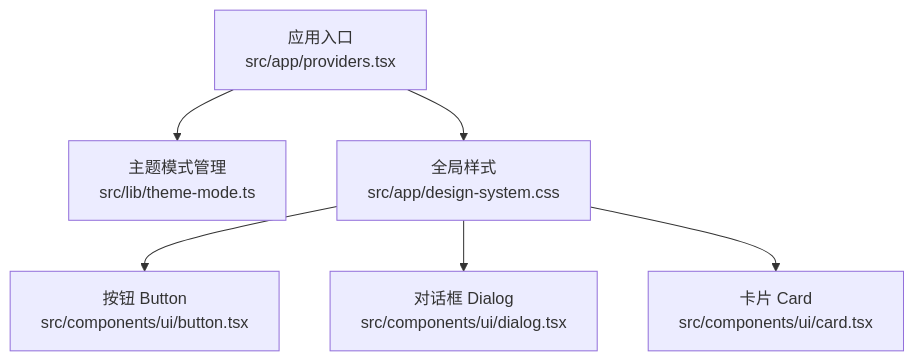
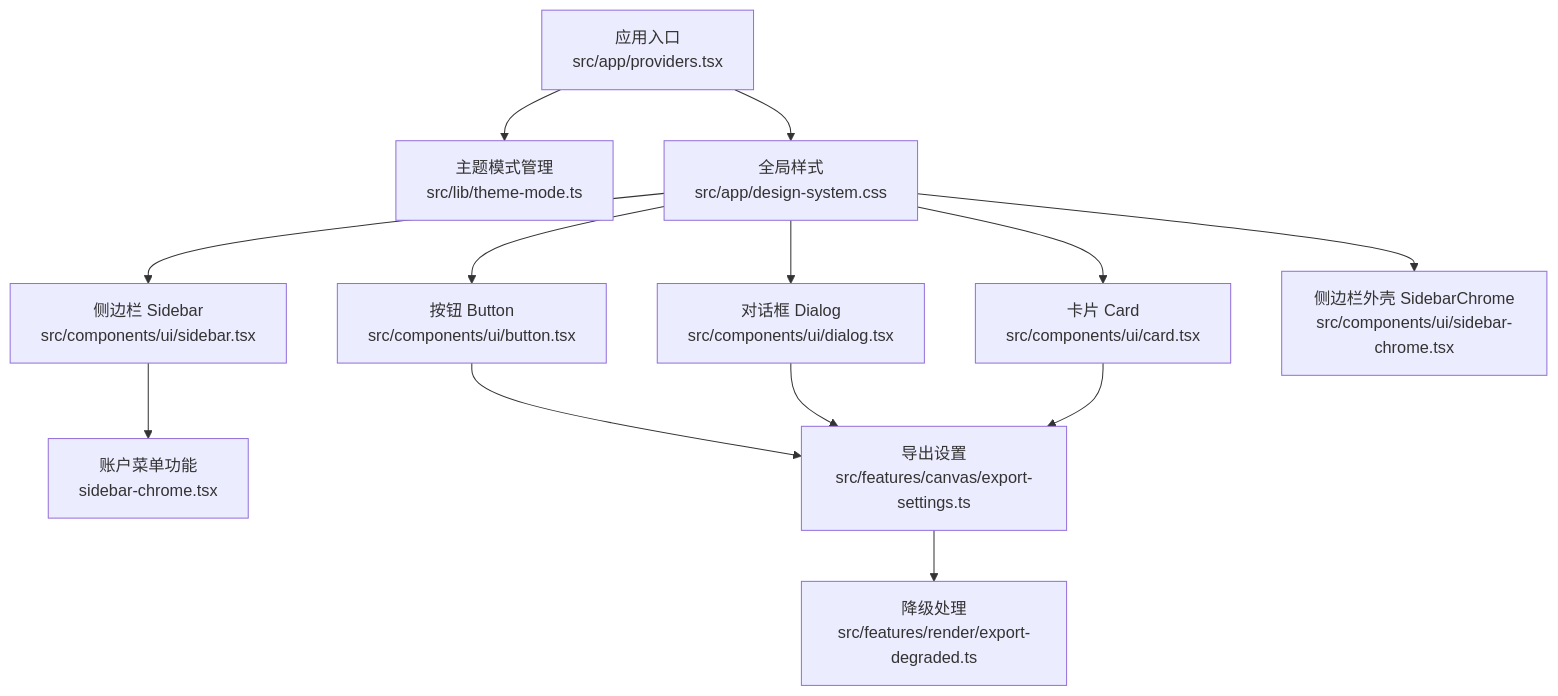
The first of 8 diagrams in .qoder/repowiki/zh/content/前端架构/组件系统/基础UI组件.md (scottcwy/PurpleInk), drawn with Mermaid before and after one commit. The commit also changed other lines of this file and 109 other files, not shown here.

````diff
--- a/.qoder/repowiki/zh/content/前端架构/组件系统/基础UI组件.md
+++ b/.qoder/repowiki/zh/content/前端架构/组件系统/基础UI组件.md
@@ -37,8 +50,15 @@
 ```mermaid
 graph TB
 A["应用入口<br/>src/app/providers.tsx"] --> B["主题模式管理<br/>src/lib/theme-mode.ts"]
 A --> C["全局样式<br/>src/app/design-system.css"]
 C --> D["按钮 Button<br/>src/components/ui/button.tsx"]
 C --> E["对话框 Dialog<br/>src/components/ui/dialog.tsx"]
 C --> F["卡片 Card<br/>src/components/ui/card.tsx"]
+C --> G["侧边栏 Sidebar<br/>src/components/ui/sidebar.tsx"]
+C --> H["侧边栏外壳 SidebarChrome<br/>src/components/ui/sidebar-chrome.tsx"]
+G --> I["账户菜单功能<br/>sidebar-chrome.tsx"]
+D --> J["导出设置<br/>src/features/canvas/export-settings.ts"]
+E --> J
+F --> J
+J --> K["降级处理<br/>src/features/render/export-degraded.ts"]
 ```
````
